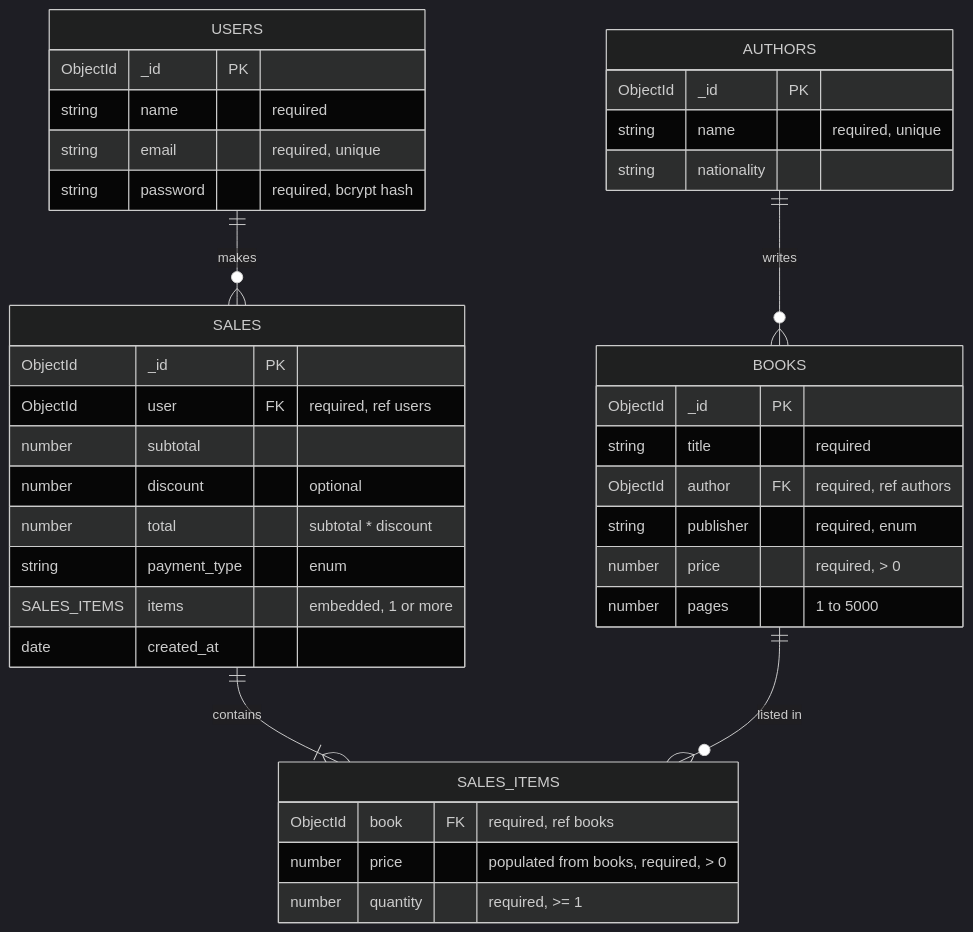
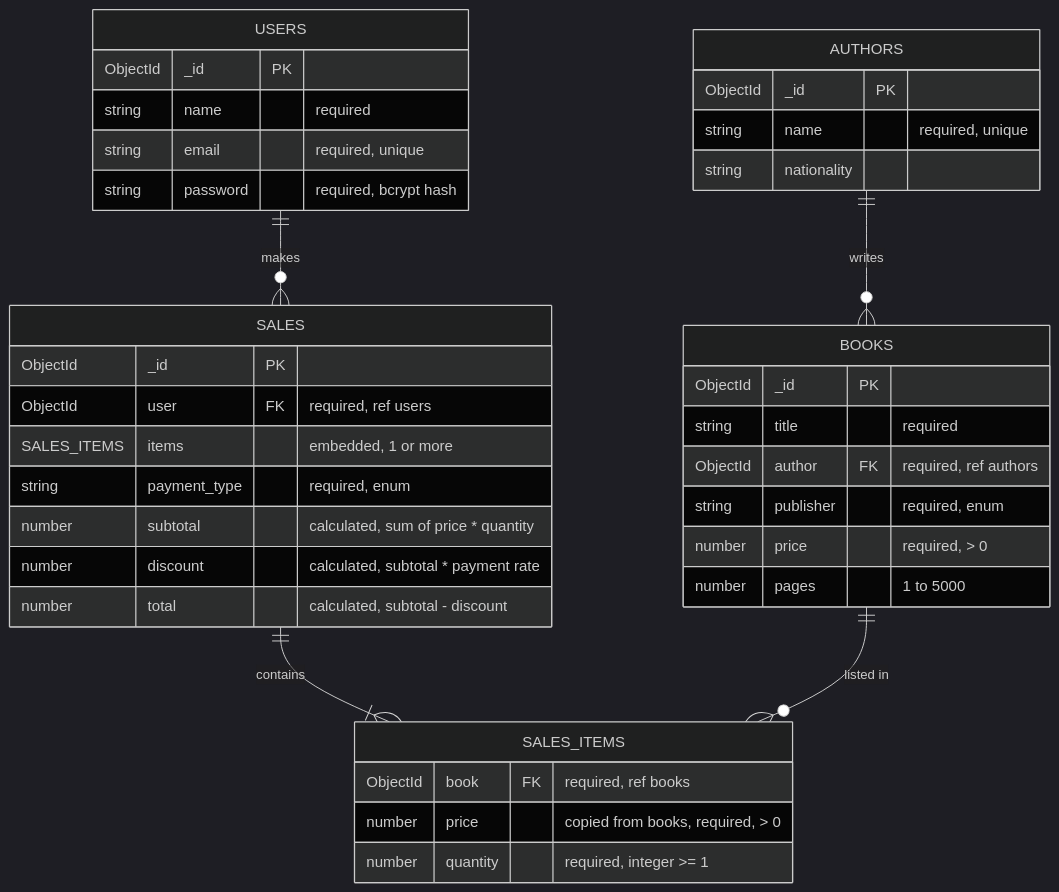
Before and after one commit to kenjimattos/express-mongo-api: the diagram in README.md, drawn with Mermaid (dark theme). The commit also changed other lines of this file and 5 other files, not shown here.

````diff
--- a/README.md
+++ b/README.md
@@ -9,46 +9,45 @@
 ```mermaid
 erDiagram
     AUTHORS ||--o{ BOOKS : "writes"
     USERS ||--o{ SALES : "makes"
     SALES ||--|{ SALES_ITEMS : "contains"
     BOOKS ||--o{ SALES_ITEMS : "listed in"
 
     AUTHORS {
         ObjectId _id PK
         string name "required, unique"
         string nationality
     }
 
     BOOKS {
         ObjectId _id PK
         string title "required"
         ObjectId author FK "required, ref authors"
         string publisher "required, enum"
         number price "required, > 0"
         number pages "1 to 5000"
     }
 
     USERS {
         ObjectId _id PK
         string name "required"
         string email "required, unique"
         string password "required, bcrypt hash"
     }
 
     SALES {
         ObjectId _id PK
         ObjectId user FK "required, ref users"
-        number subtotal
-        number discount "optional"
-        number total "subtotal * discount"
-        string payment_type "enum"
         SALES_ITEMS items "embedded, 1 or more"
-        date created_at
+        string payment_type "required, enum"
+        number subtotal "calculated, sum of price * quantity"
+        number discount "calculated, subtotal * payment rate"
+        number total "calculated, subtotal - discount"
     }
 
     SALES_ITEMS {
       ObjectId book FK "required, ref books"
-      number price "populated from books, required, > 0"
-      number quantity "required, >= 1"
+      number price "copied from books, required, > 0"
+      number quantity "required, integer >= 1"
     }
 ```
````
